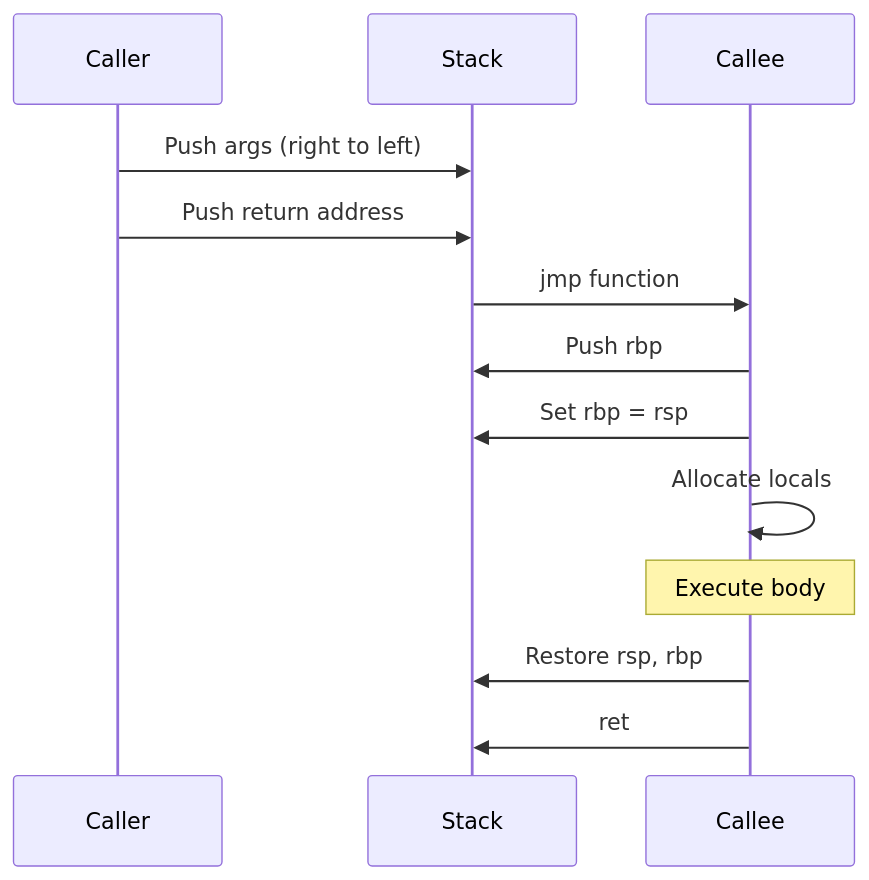
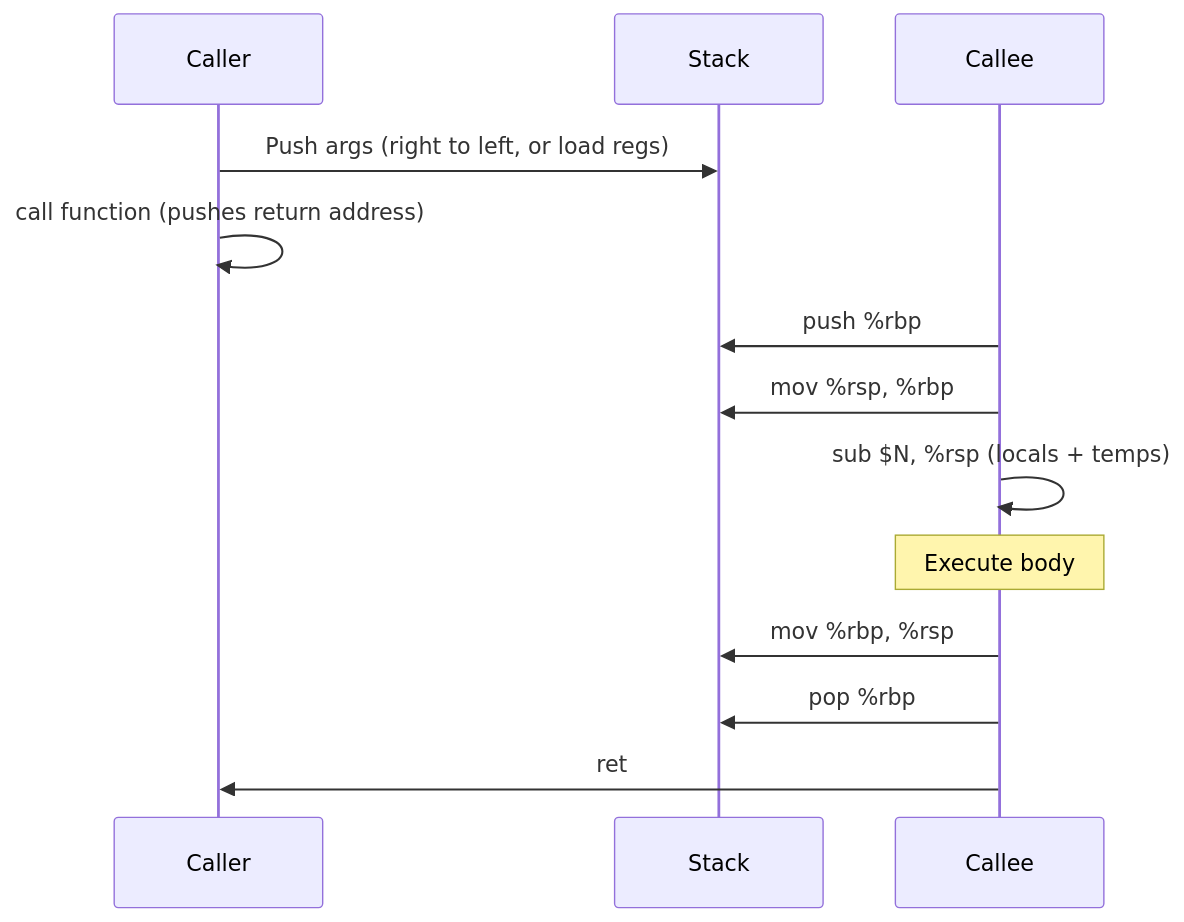
The third of 3 diagrams in 0004-codegen/README.md (juno-yu/simple-howto-c-compiler-ximplec), drawn with Mermaid before and after one commit. The commit also changed other lines of this file and 131 other files, not shown here.

````diff
--- a/0004-codegen/README.md
+++ b/0004-codegen/README.md
@@ -51,16 +50,16 @@
 ```mermaid
 sequenceDiagram
     participant Caller
     participant Stack
     participant Callee
-    
-    Caller->>Stack: Push args (right to left)
-    Caller->>Stack: Push return address
-    Stack->>Callee: jmp function
-    Callee->>Stack: Push rbp
-    Callee->>Stack: Set rbp = rsp
-    Callee->>Callee: Allocate locals
+
+    Caller->>Stack: Push args (right to left, or load regs)
+    Caller->>Caller: call function (pushes return address)
+    Callee->>Stack: push %rbp
+    Callee->>Stack: mov %rsp, %rbp
+    Callee->>Callee: sub $N, %rsp  (locals + temps)
     Note over Callee: Execute body
-    Callee->>Stack: Restore rsp, rbp
-    Callee->>Stack: ret
+    Callee->>Stack: mov %rbp, %rsp
+    Callee->>Stack: pop %rbp
+    Callee->>Caller: ret
 ```
````
